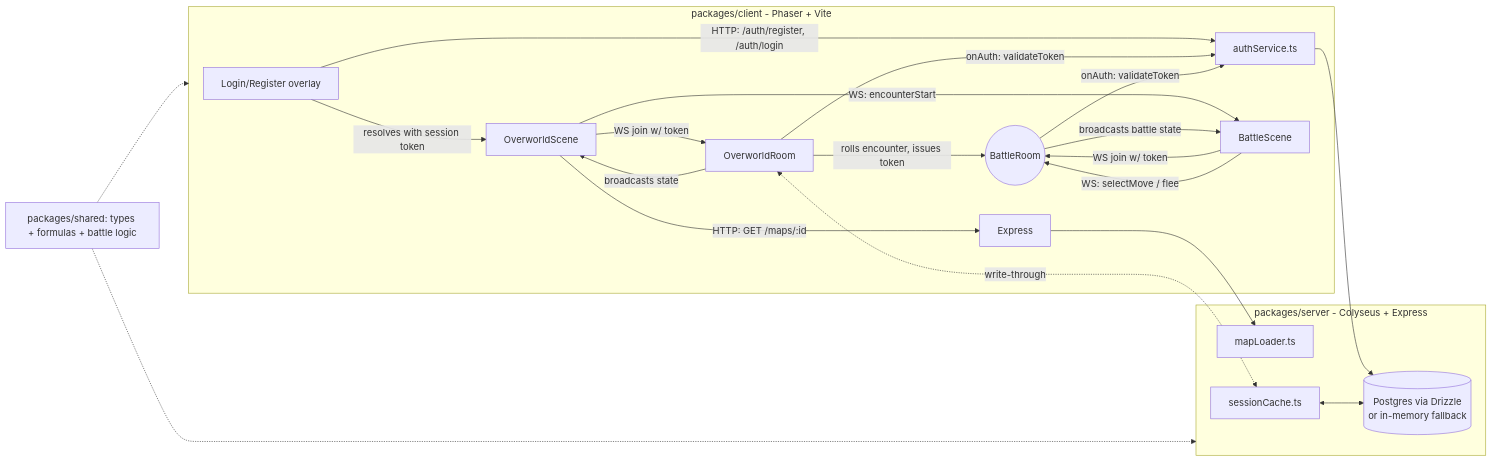
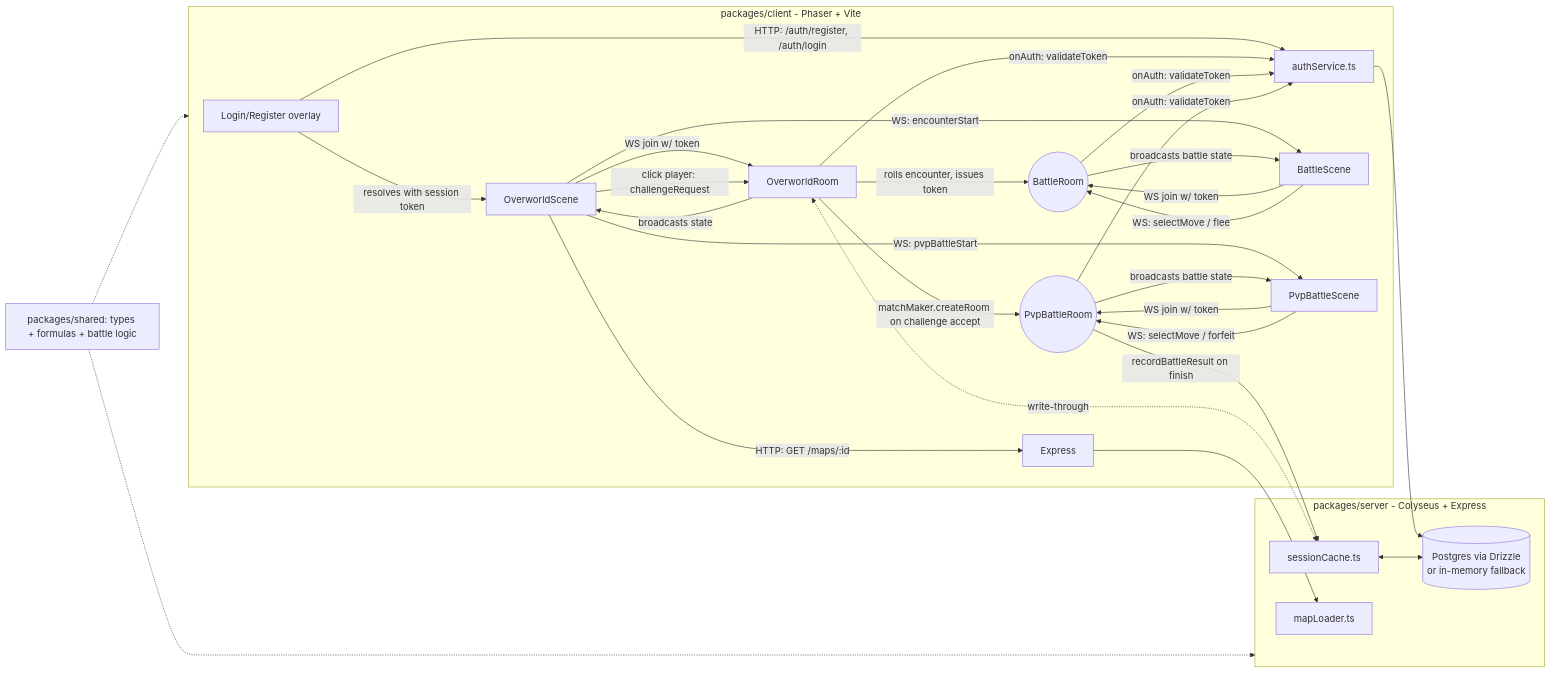
One commit to sabersage85/kanto-mmo changed the diagram in README.md. Above: the diagram before and after it, drawn with Mermaid. The commit also changed other lines of this file and 28 other files, not shown here.

````diff
--- a/README.md
+++ b/README.md
@@ -93,25 +96,33 @@
 ```mermaid
 flowchart LR
   subgraph Client [packages/client - Phaser + Vite]
     Z[Login/Register overlay] -- HTTP: /auth/register, /auth/login --> G
     Z -- resolves with session token --> A[OverworldScene]
     A -- WS join w/ token --> B((Colyseus Room))
     A -- WS: encounterStart --> E[BattleScene]
+    A -- click player: challengeRequest --> B
+    A -- WS: pvpBattleStart --> P[PvpBattleScene]
     E -- WS join w/ token --> F((BattleRoom))
     E -- WS: selectMove / flee --> F
+    P -- WS join w/ token --> Q((PvpBattleRoom))
+    P -- WS: selectMove / forfeit --> Q
     A -- HTTP: GET /maps/:id --> C[Express]
   end
   subgraph Server [packages/server - Colyseus + Express]
     G[authService.ts] --> H[(Postgres via Drizzle\nor in-memory fallback)]
     B[OverworldRoom] -- onAuth: validateToken --> G
     B -- broadcasts state --> A
     B -- rolls encounter, issues token --> F
+    B -- matchMaker.createRoom on challenge accept --> Q
     F -- onAuth: validateToken --> G
     F -- broadcasts battle state --> E
+    Q -- onAuth: validateToken --> G
+    Q -- broadcasts battle state --> P
+    Q -- recordBattleResult on finish --> I
     C --> D[mapLoader.ts]
     B <-. write-through .-> I[sessionCache.ts]
     I <--> H
   end
   Shared[packages/shared: types + formulas + battle logic] -.-> Client
   Shared -.-> Server
 ```
````
